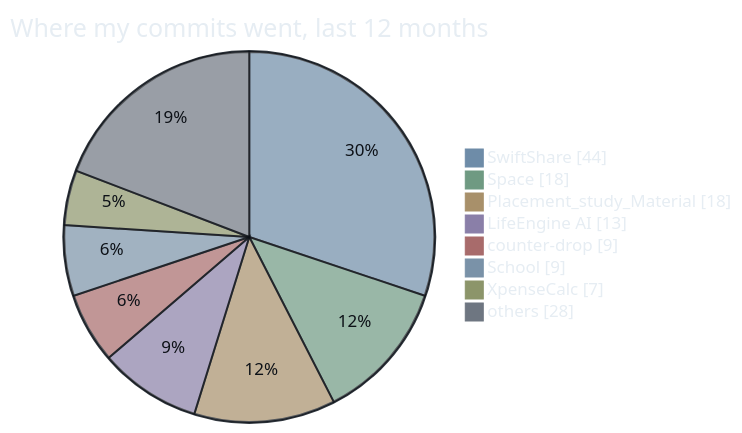
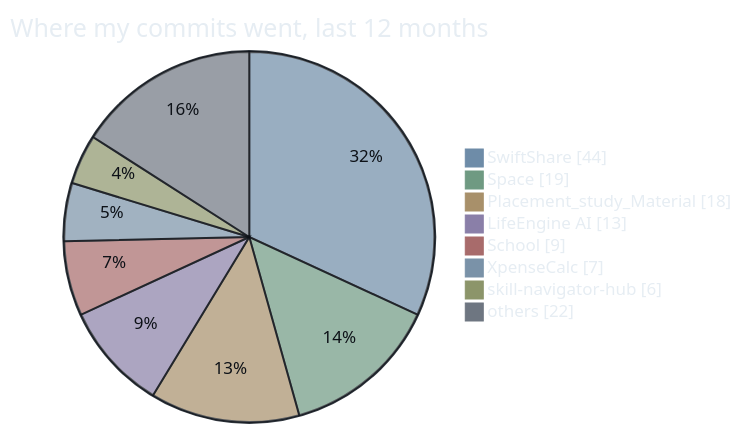
One commit to AyushPandey510/AyushPandey510 changed the seventh of 7 diagrams in README.md. Above: the diagram before and after it, drawn with Mermaid. The commit also changed other lines of this file and 12 other files, not shown here.

````diff
--- a/README.md
+++ b/README.md
@@ -187,12 +187,12 @@
 ```mermaid
 %%{init: {"theme":"base","themeVariables":{"pie1":"#6E8CA8","pie2":"#6F9A82","pie3":"#A8906A","pie4":"#8A7FA8","pie5":"#A86B6B","pie6":"#7A92A8","pie7":"#8C956A","pie8":"#6E7681","pieStrokeColor":"#0D1117","pieStrokeWidth":"2px","pieOuterStrokeColor":"#30363D","pieTitleTextColor":"#E6EDF3","pieSectionTextColor":"#0D1117","pieLegendTextColor":"#E6EDF3","fontFamily":"monospace"}}}%%
 pie showData title Where my commits went, last 12 months
     "SwiftShare" : 44
-    "Space" : 18
+    "Space" : 19
     "Placement_study_Material" : 18
     "LifeEngine AI" : 13
-    "counter-drop" : 9
     "School" : 9
     "XpenseCalc" : 7
-    "others" : 28
+    "skill-navigator-hub" : 6
+    "others" : 22
 ```
````
